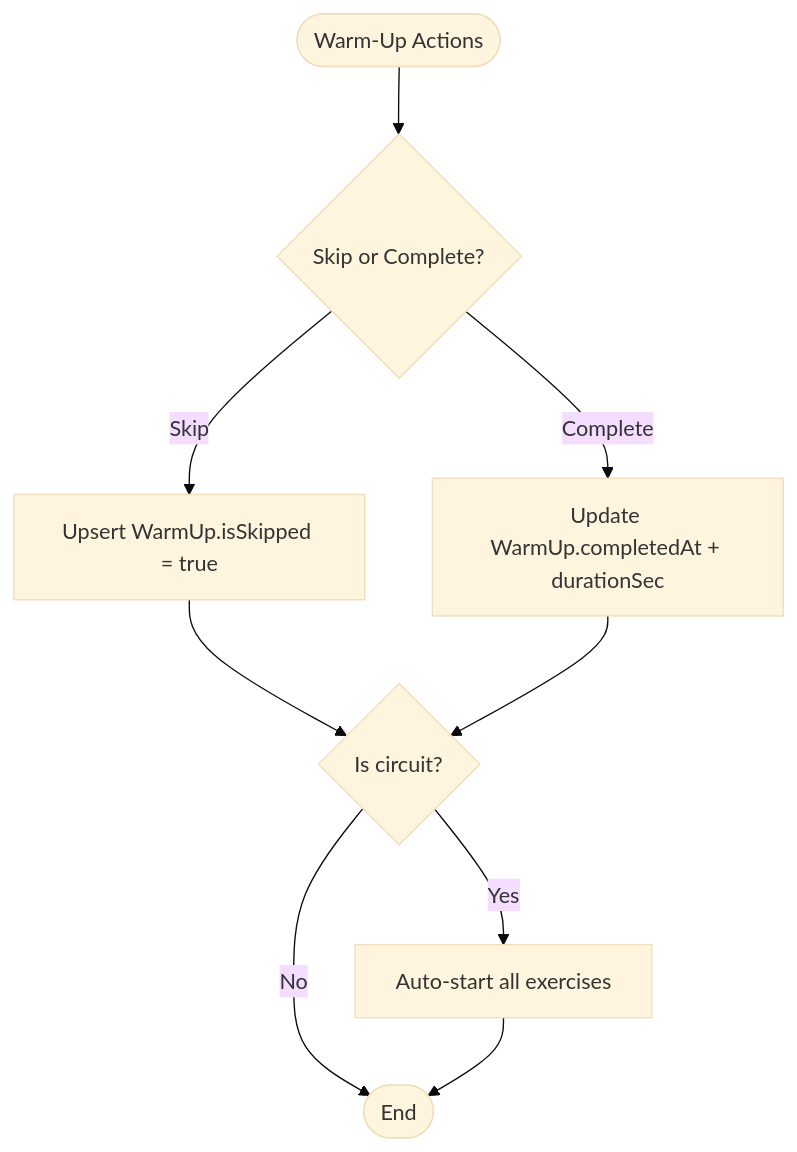
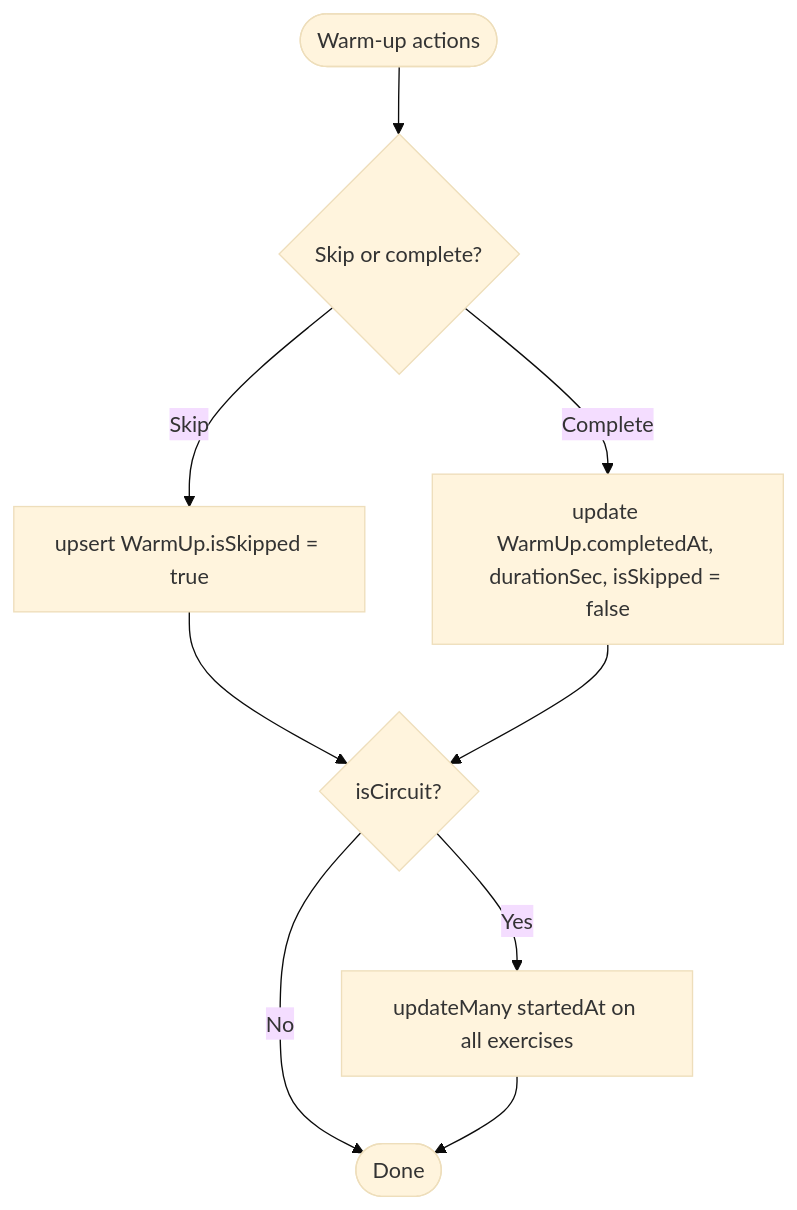
Before and after one commit to Dezzpil/meingym: the fourth of 9 diagrams in .qoder/repowiki/en/content/Training Execution Flow.md, drawn with Mermaid (base theme). The commit also changed other lines of this file and 12 other files, not shown here.

````diff
--- a/.qoder/repowiki/en/content/Training Execution Flow.md
+++ b/.qoder/repowiki/en/content/Training Execution Flow.md
@@ -163,11 +280,11 @@
 ```mermaid
 flowchart TD
-Start(["Warm-Up Actions"]) --> Choice{"Skip or Complete?"}
-Choice --> |Skip| MarkSkip["Upsert WarmUp.isSkipped = true"]
-Choice --> |Complete| MarkDone["Update WarmUp.completedAt + durationSec"]
-MarkSkip --> CircuitCheck{"Is circuit?"}
-MarkDone --> CircuitCheck
-CircuitCheck --> |Yes| AutoStart["Auto-start all exercises"]
-CircuitCheck --> |No| End(["End"])
-AutoStart --> End
+Start(["Warm-up actions"]) --> Skip{"Skip or complete?"}
+Skip --> |Skip| Up["upsert WarmUp.isSkipped = true"]
+Skip --> |Complete| Upd["update WarmUp.completedAt, durationSec, isSkipped = false"]
+Up --> Circ{"isCircuit?"}
+Upd --> Circ
+Circ --> |Yes| Auto["updateMany startedAt on all exercises"]
+Circ --> |No| Done(["Done"])
+Auto --> Done
 ```
````
